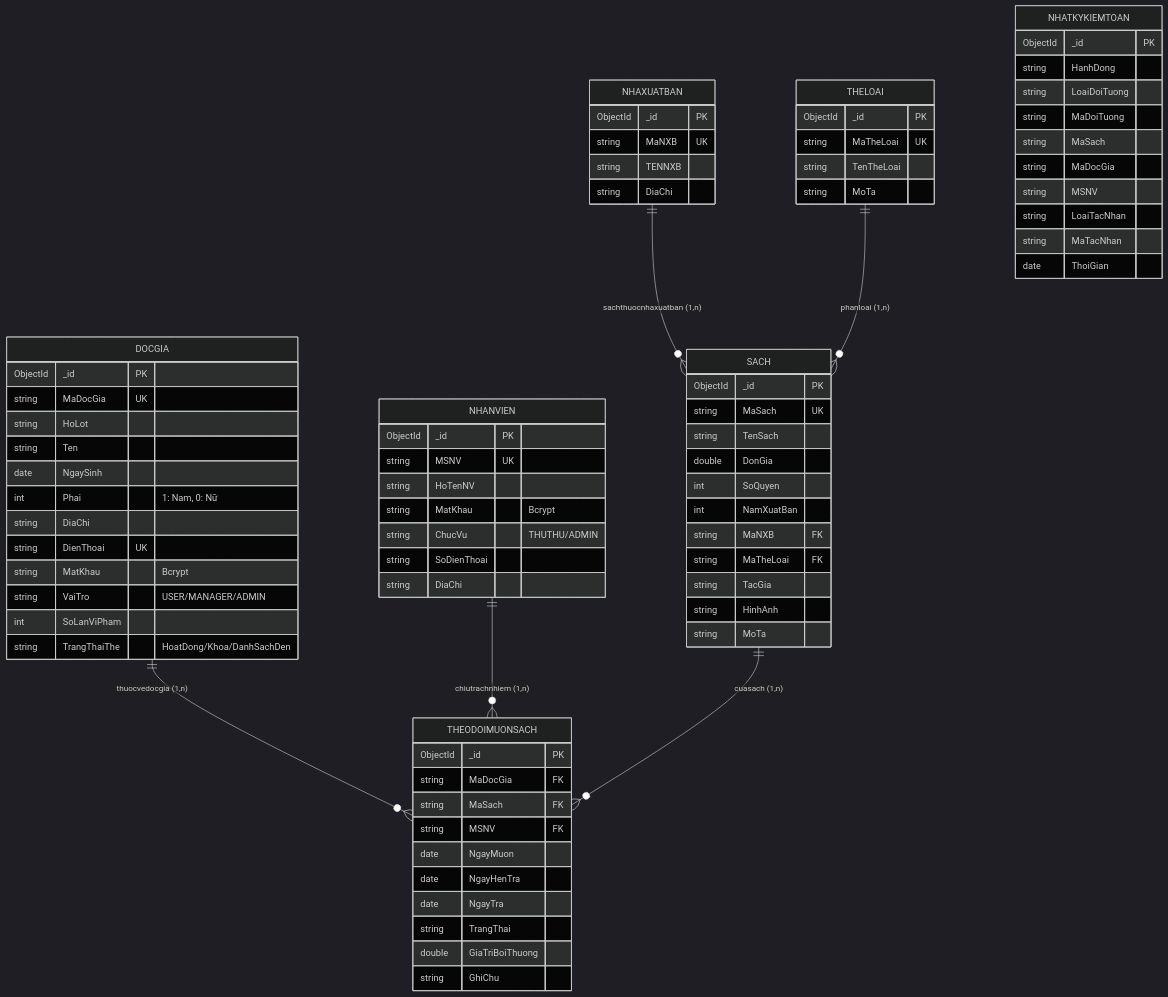
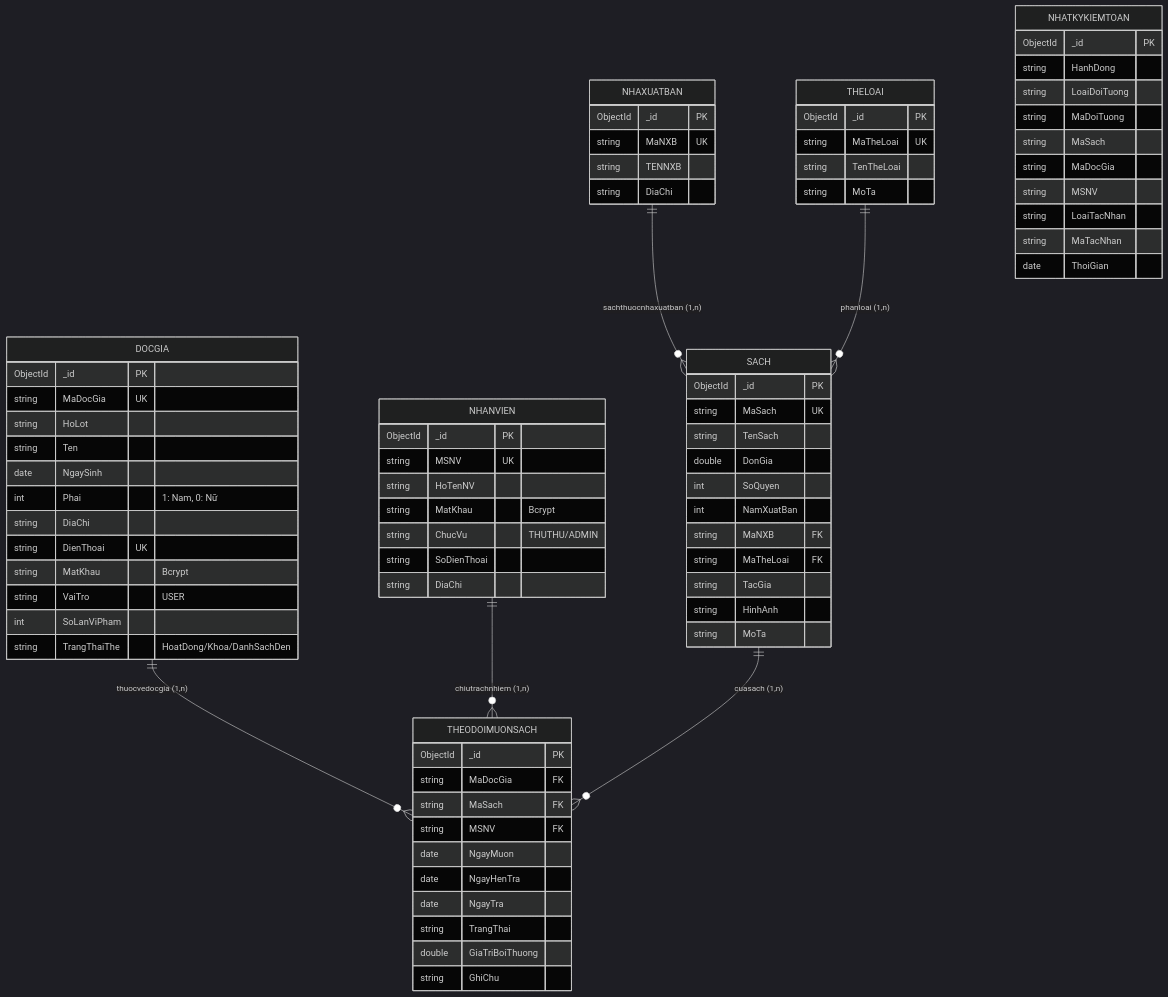
The diagram in docs/02_DATABASE.md (TranAnhVu2005/B2306603_Tran_Anh_Vu_Manage_Book_At_Library), drawn with Mermaid (dark theme) before and after one commit. The commit also changed other lines of this file and 36 other files, not shown here.

```diff
--- a/docs/02_DATABASE.md
+++ b/docs/02_DATABASE.md
@@ -211,7 +234,7 @@
         string DiaChi
         string DienThoai UK
         string MatKhau "Bcrypt"
-        string VaiTro "USER/MANAGER/ADMIN"
+        string VaiTro "USER"
         int SoLanViPham
         string TrangThaiThe "HoatDong/Khoa/DanhSachDen"
     }
```
